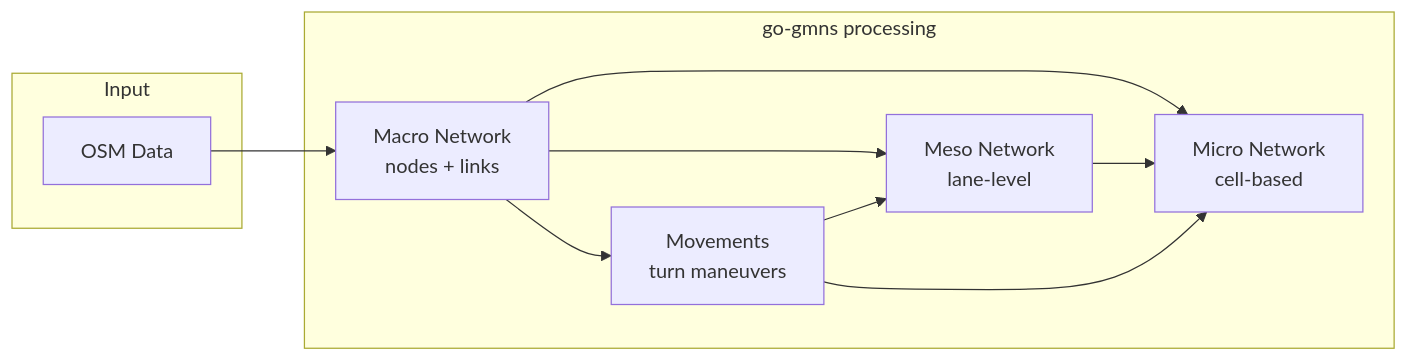
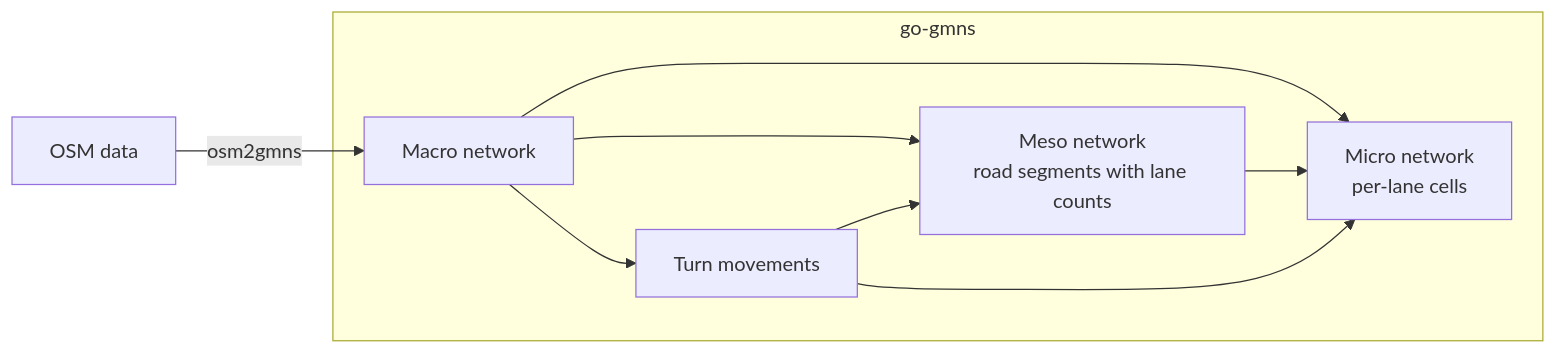
The first of 2 diagrams in README.md (LdDl/go-gmns), drawn with Mermaid before and after one commit. The commit also changed other lines of this file, not shown here.

````diff
--- a/README.md
+++ b/README.md
@@ -20,21 +43,17 @@
 ```mermaid
 flowchart LR
-    subgraph Input
-        OSM[OSM Data]
+    OSM[OSM data]
+    subgraph Library[go-gmns]
+        Macro[Macro network]
+        Movements[Turn movements]
+        Meso[Meso network<br/>road segments with lane counts]
+        Micro[Micro network<br/>per-lane cells]
     end
-
-    subgraph go-gmns processing
-        Macro[Macro Network<br/>nodes + links]
-        Mvmt[Movements<br/>turn maneuvers]
-        Meso[Meso Network<br/>lane-level]
-        Micro[Micro Network<br/>cell-based]
-    end
-
-    OSM --> Macro
-    Macro --> Mvmt
+    OSM -->|osm2gmns| Macro
+    Macro --> Movements
     Macro --> Meso
-    Mvmt --> Meso
+    Movements --> Meso
     Macro --> Micro
     Meso --> Micro
-    Mvmt --> Micro
+    Movements --> Micro
 ```
````
